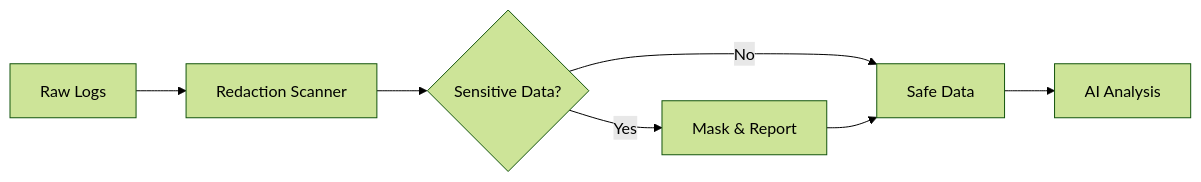
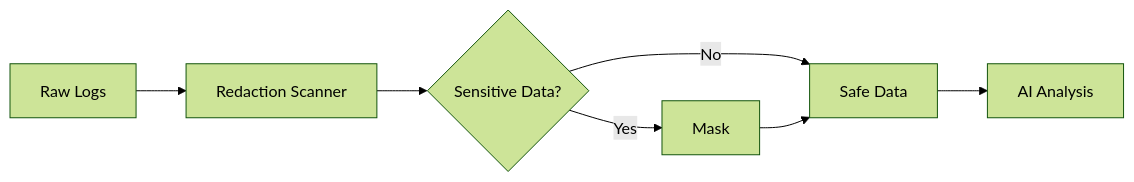
Before and after one commit to getserops/serops: the diagram in docs/src/security/data-protection.md, drawn with Mermaid (forest theme). The commit also changed other lines of this file and 172 other files, not shown here.

````diff
--- a/docs/src/security/data-protection.md
+++ b/docs/src/security/data-protection.md
@@ -19,9 +19,9 @@
 ```mermaid
 graph LR
     A[Raw Logs] --> B[Redaction Scanner]
     B --> C{Sensitive Data?}
-    C -->|Yes| D[Mask & Report]
+    C -->|Yes| D[Mask]
     C -->|No| E[Safe Data]
     D --> E
     E --> F[AI Analysis]
 ```
````
